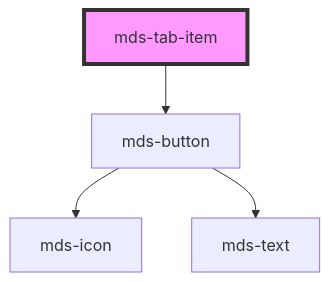
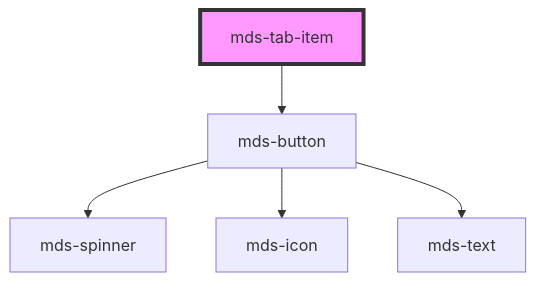
One commit to magma-design-system/magma changed the diagram in projects/stencil/src/components/mds-tab-item/readme.md. Above: the diagram before and after it, drawn with Mermaid.

Commit message:
change(mds-tab-item): apply the new coding standard to component event details

````diff
--- a/projects/stencil/src/components/mds-tab-item/readme.md
+++ b/projects/stencil/src/components/mds-tab-item/readme.md
@@ -47,7 +47,8 @@
 ```mermaid
 graph TD;
   mds-tab-item --> mds-button
+  mds-button --> mds-spinner
   mds-button --> mds-icon
   mds-button --> mds-text
   style mds-tab-item fill:#f9f,stroke:#333,stroke-width:4px
 ```
````
